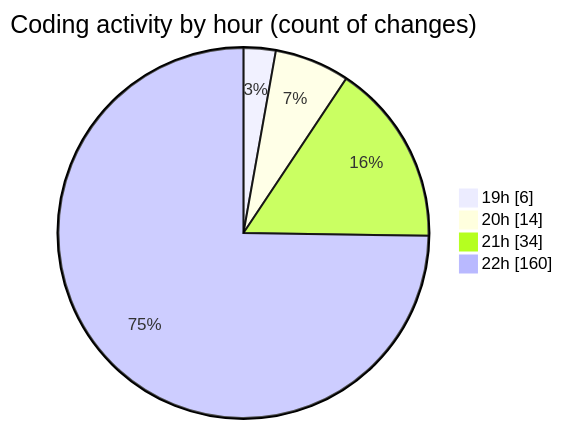
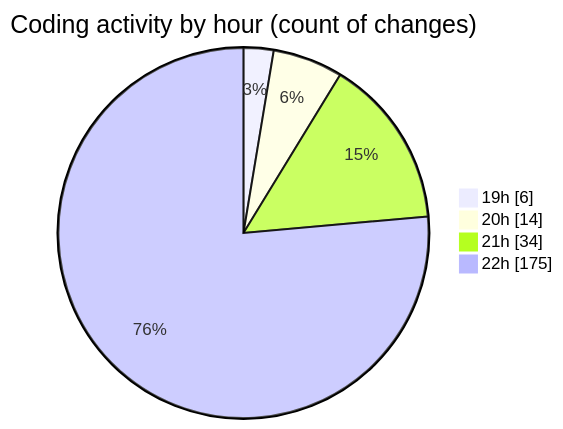
The second of 2 diagrams in 2025-09-13/new_folder/README.md (IJAZ3593/code-tracking), drawn with Mermaid before and after one commit. The commit also changed other lines of this file and 1 other file, not shown here.

````diff
--- a/2025-09-13/new_folder/README.md
+++ b/2025-09-13/new_folder/README.md
@@ -35,8 +35,8 @@
 ```mermaid
 pie showData
 title Coding activity by hour (count of changes)
 "19h" : 6
 "20h" : 14
 "21h" : 34
-"22h" : 160
+"22h" : 175
 ```
````
